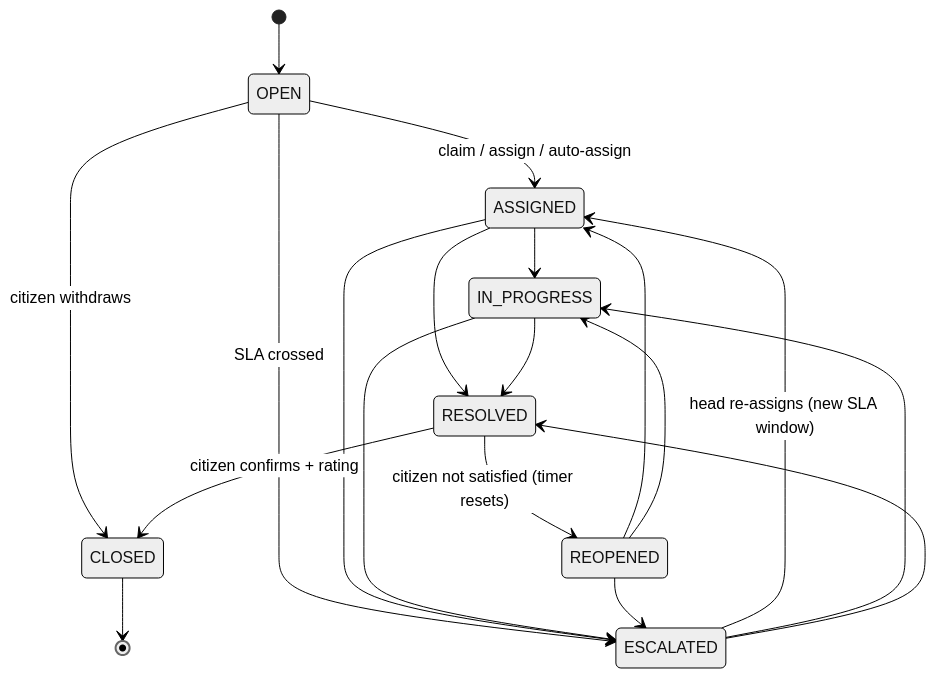
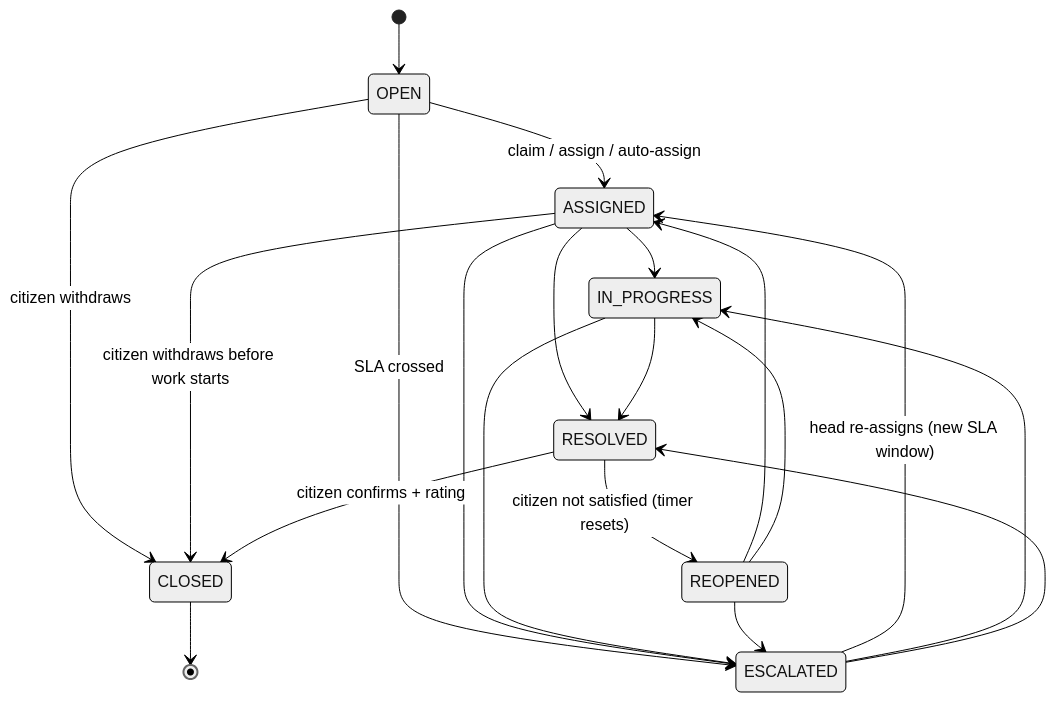
Before and after one commit to Sidhant-holla/smart-grievance-redressal-system: the third of 3 diagrams in docs/DESIGN.md, drawn with Mermaid (neutral theme). The commit also changed other lines of this file and 2 other files, not shown here.

````diff
--- a/docs/DESIGN.md
+++ b/docs/DESIGN.md
@@ -289,21 +289,22 @@
 ```mermaid
 stateDiagram-v2
     [*] --> OPEN
     OPEN --> ASSIGNED : claim / assign / auto-assign
     OPEN --> ESCALATED : SLA crossed
     OPEN --> CLOSED : citizen withdraws
     ASSIGNED --> IN_PROGRESS
     ASSIGNED --> RESOLVED
     ASSIGNED --> ESCALATED
+    ASSIGNED --> CLOSED : citizen withdraws before work starts
     IN_PROGRESS --> RESOLVED
     IN_PROGRESS --> ESCALATED
     ESCALATED --> ASSIGNED : head re-assigns (new SLA window)
     ESCALATED --> IN_PROGRESS
     ESCALATED --> RESOLVED
     RESOLVED --> CLOSED : citizen confirms + rating
     RESOLVED --> REOPENED : citizen not satisfied (timer resets)
     REOPENED --> ASSIGNED
     REOPENED --> IN_PROGRESS
     REOPENED --> ESCALATED
     CLOSED --> [*]
 ```
````
